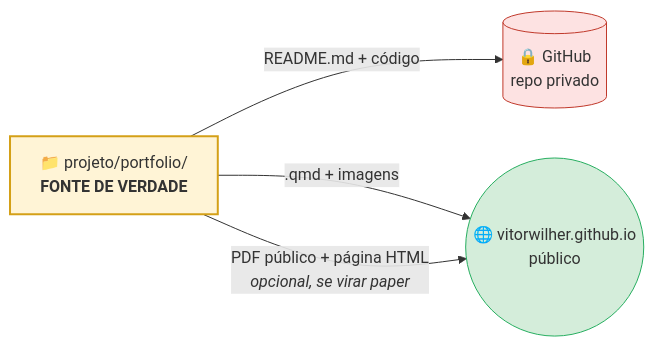
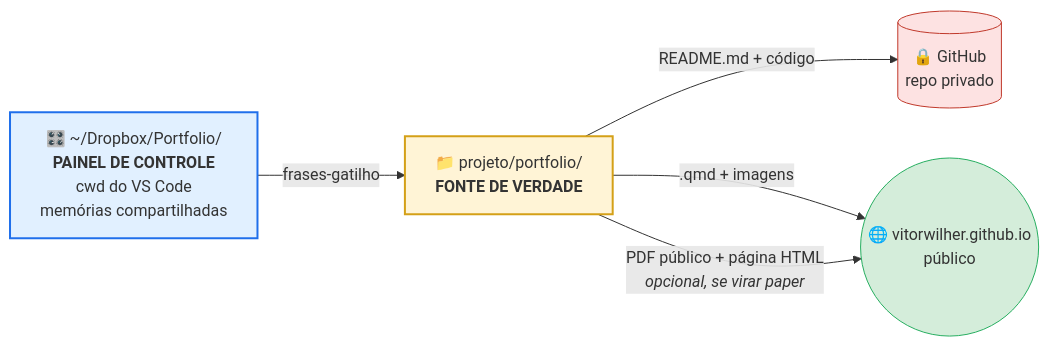
One commit to vitorwilher/vitorwilher.github.io changed the first of 7 diagrams in teaching/workflow-portfolio.qmd. Above: the diagram before and after it, drawn with Mermaid. The commit also changed other lines of this file, not shown here.

First line of the commit message:
Cursos: workflow-portfolio agora documenta painel de controle único

````diff
--- a/teaching/workflow-portfolio.qmd
+++ b/teaching/workflow-portfolio.qmd
@@ -94,13 +136,17 @@
 ```{mermaid}
 flowchart LR
+  C["🎛️ ~/Dropbox/Portfolio/<br><b>PAINEL DE CONTROLE</b><br>cwd do VS Code<br>memórias compartilhadas"]
   P["📁 projeto/portfolio/<br><b>FONTE DE VERDADE</b>"]
   R[("🔒 GitHub<br>repo privado")]
   S(("🌐 vitorwilher.github.io<br>público"))
+
+  C -->|frases-gatilho| P
   P -->|README.md + código| R
   P -->|.qmd + imagens| S
   P -->|PDF público + página HTML<br><i>opcional, se virar paper</i>| S
 
+  style C fill:#e1f0ff,stroke:#1f6feb,stroke-width:2px
   style P fill:#fff4d6,stroke:#d4a017,stroke-width:2px
   style R fill:#fde2e2,stroke:#c0392b
   style S fill:#d4edda,stroke:#27ae60
 ```
````
